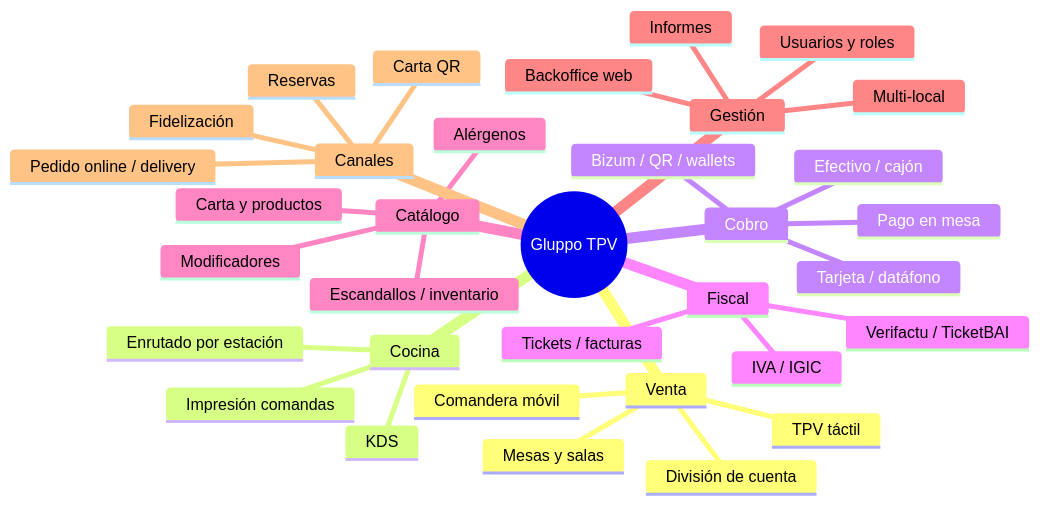
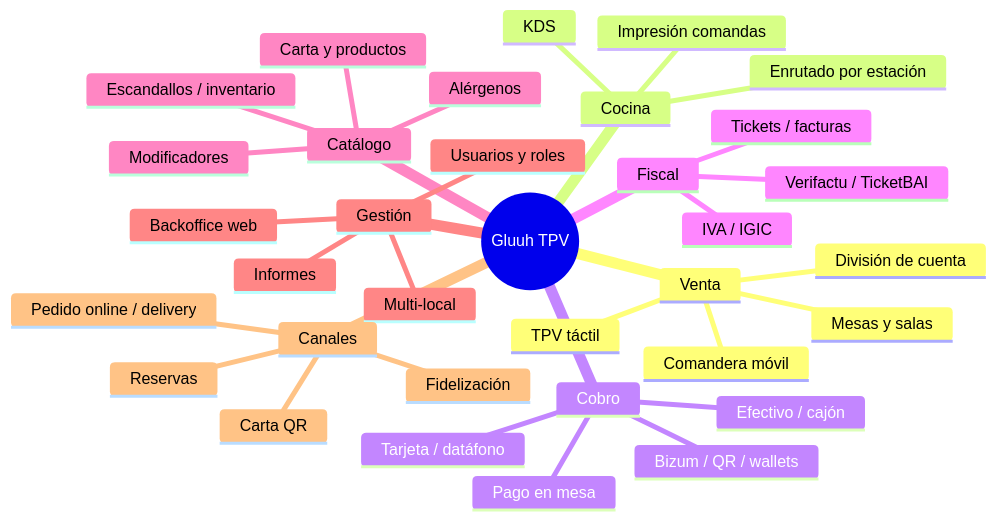
One commit to Gluuh-dev/gluuh-tpv changed the diagram in docs/03-requisitos-funcionales.md. Above: the diagram before and after it, drawn with Mermaid. The commit also changed 50 other files, not shown here.

First line of the commit message:
refactor(marca): Gluppo -> Gluuh (marca paraguas) · producto = Gluuh TPV

````diff
--- a/docs/03-requisitos-funcionales.md
+++ b/docs/03-requisitos-funcionales.md
@@ -11,37 +11,37 @@
 ```mermaid
 mindmap
-  root((Gluppo TPV))
+  root((Gluuh TPV))
     Venta
       TPV táctil
       Comandera móvil
       Mesas y salas
       División de cuenta
     Cocina
       KDS
       Impresión comandas
       Enrutado por estación
     Cobro
       Efectivo / cajón
       Tarjeta / datáfono
       Bizum / QR / wallets
       Pago en mesa
     Fiscal
       Tickets / facturas
       Verifactu / TicketBAI
       IVA / IGIC
     Catálogo
       Carta y productos
       Modificadores
       Alérgenos
       Escandallos / inventario
     Gestión
       Backoffice web
       Informes
       Usuarios y roles
       Multi-local
     Canales
       Carta QR
       Pedido online / delivery
       Reservas
       Fidelización
 ```
````
